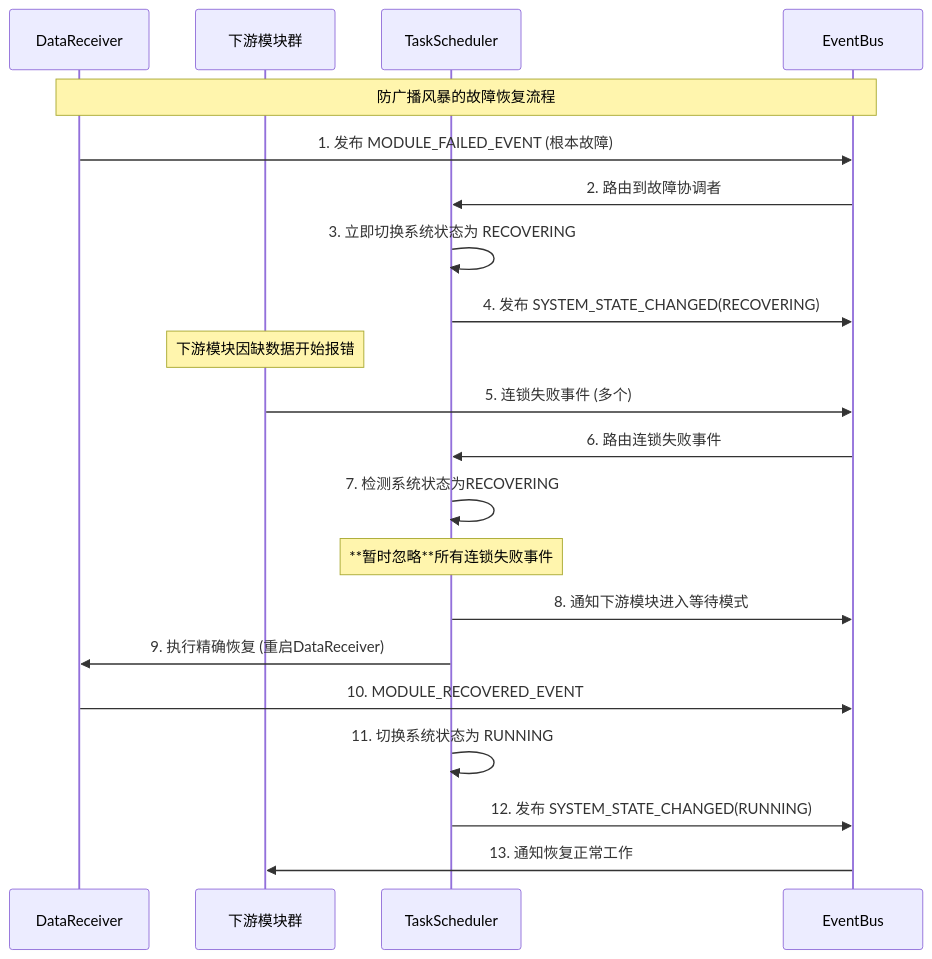
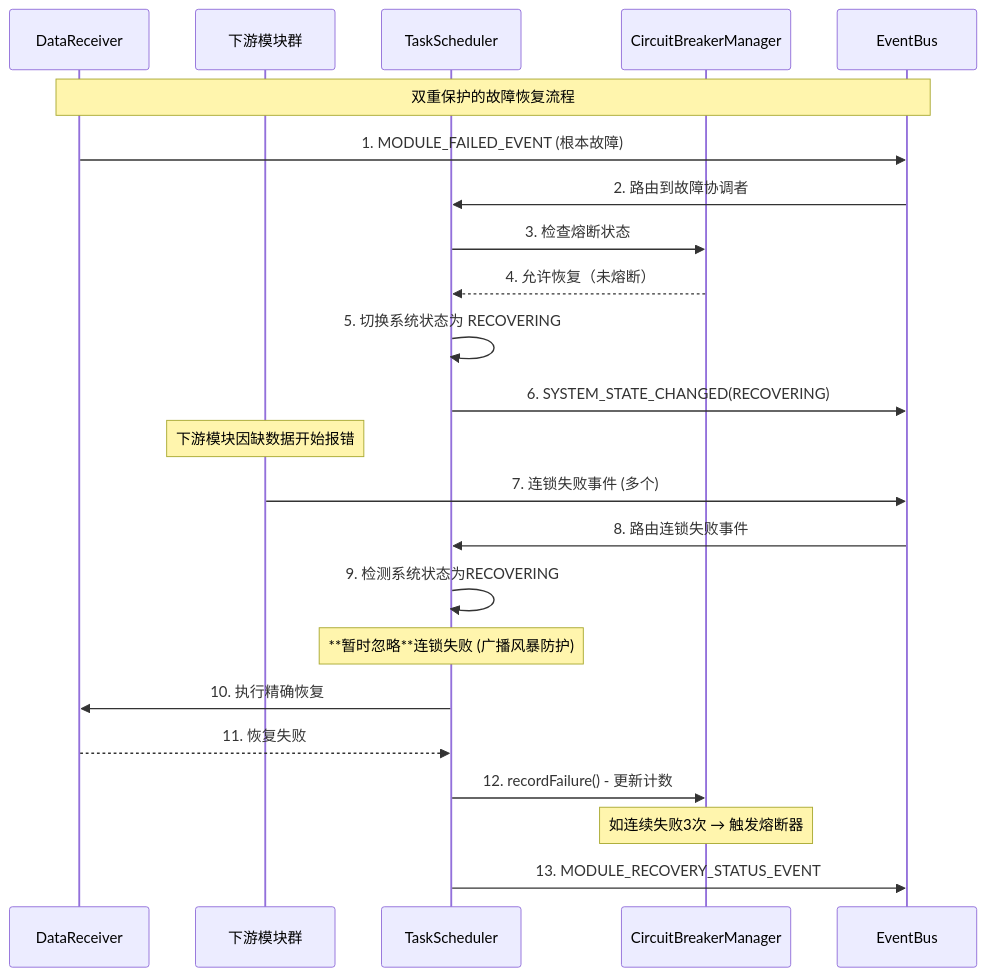
Before and after one commit to wendizhou99-cell/Radar: diagram 11 of 21 in docs/01_项目设计/02_模块设计/99_模块集成策略.md, drawn with Mermaid. The commit also changed other lines of this file and 92 other files, not shown here.

````diff
--- a/docs/01_项目设计/02_模块设计/99_模块集成策略.md
+++ b/docs/01_项目设计/02_模块设计/99_模块集成策略.md
@@ -1232,32 +1552,35 @@
 ```mermaid
 sequenceDiagram
     participant DataReceiver as DataReceiver
     participant DownstreamModules as 下游模块群
     participant TaskScheduler as TaskScheduler
+    participant CircuitBreaker as CircuitBreakerManager
     participant EventBus as EventBus
 
-    Note over DataReceiver, EventBus: 防广播风暴的故障恢复流程
+    Note over DataReceiver, EventBus: 双重保护的故障恢复流程
 
-    DataReceiver->>EventBus: 1. 发布 MODULE_FAILED_EVENT (根本故障)
+    DataReceiver->>EventBus: 1. MODULE_FAILED_EVENT (根本故障)
     EventBus->>TaskScheduler: 2. 路由到故障协调者
 
-    TaskScheduler->>TaskScheduler: 3. 立即切换系统状态为 RECOVERING
-    TaskScheduler->>EventBus: 4. 发布 SYSTEM_STATE_CHANGED(RECOVERING)
+    TaskScheduler->>CircuitBreaker: 3. 检查熔断状态
+    CircuitBreaker-->>TaskScheduler: 4. 允许恢复（未熔断）
+
+    TaskScheduler->>TaskScheduler: 5. 切换系统状态为 RECOVERING
+    TaskScheduler->>EventBus: 6. SYSTEM_STATE_CHANGED(RECOVERING)
 
     Note over DownstreamModules: 下游模块因缺数据开始报错
 
-    DownstreamModules->>EventBus: 5. 连锁失败事件 (多个)
-    EventBus->>TaskScheduler: 6. 路由连锁失败事件
+    DownstreamModules->>EventBus: 7. 连锁失败事件 (多个)
+    EventBus->>TaskScheduler: 8. 路由连锁失败事件
 
-    TaskScheduler->>TaskScheduler: 7. 检测系统状态为RECOVERING
-    Note over TaskScheduler: **暂时忽略**所有连锁失败事件
+    TaskScheduler->>TaskScheduler: 9. 检测系统状态为RECOVERING
+    Note over TaskScheduler: **暂时忽略**连锁失败 (广播风暴防护)
 
-    TaskScheduler->>EventBus: 8. 通知下游模块进入等待模式
-    TaskScheduler->>DataReceiver: 9. 执行精确恢复 (重启DataReceiver)
+    TaskScheduler->>DataReceiver: 10. 执行精确恢复
+    DataReceiver-->>TaskScheduler: 11. 恢复失败
 
-    DataReceiver->>EventBus: 10. MODULE_RECOVERED_EVENT
-    TaskScheduler->>TaskScheduler: 11. 切换系统状态为 RUNNING
-    TaskScheduler->>EventBus: 12. 发布 SYSTEM_STATE_CHANGED(RUNNING)
+    TaskScheduler->>CircuitBreaker: 12. recordFailure() - 更新计数
+    Note over CircuitBreaker: 如连续失败3次 → 触发熔断器
 
-    EventBus->>DownstreamModules: 13. 通知恢复正常工作
+    TaskScheduler->>EventBus: 13. MODULE_RECOVERY_STATUS_EVENT
 ```
````
